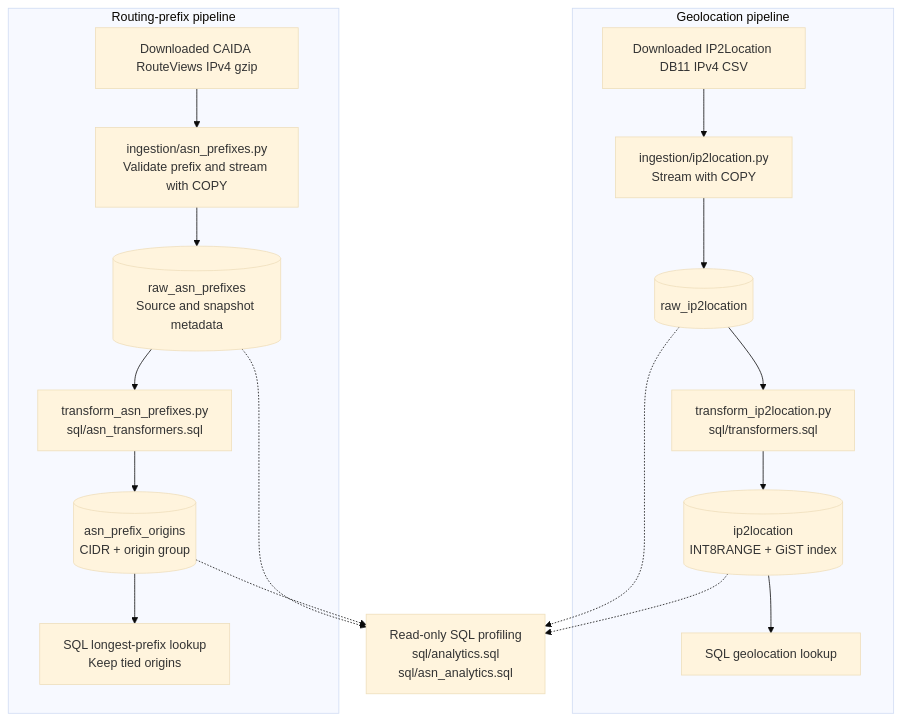
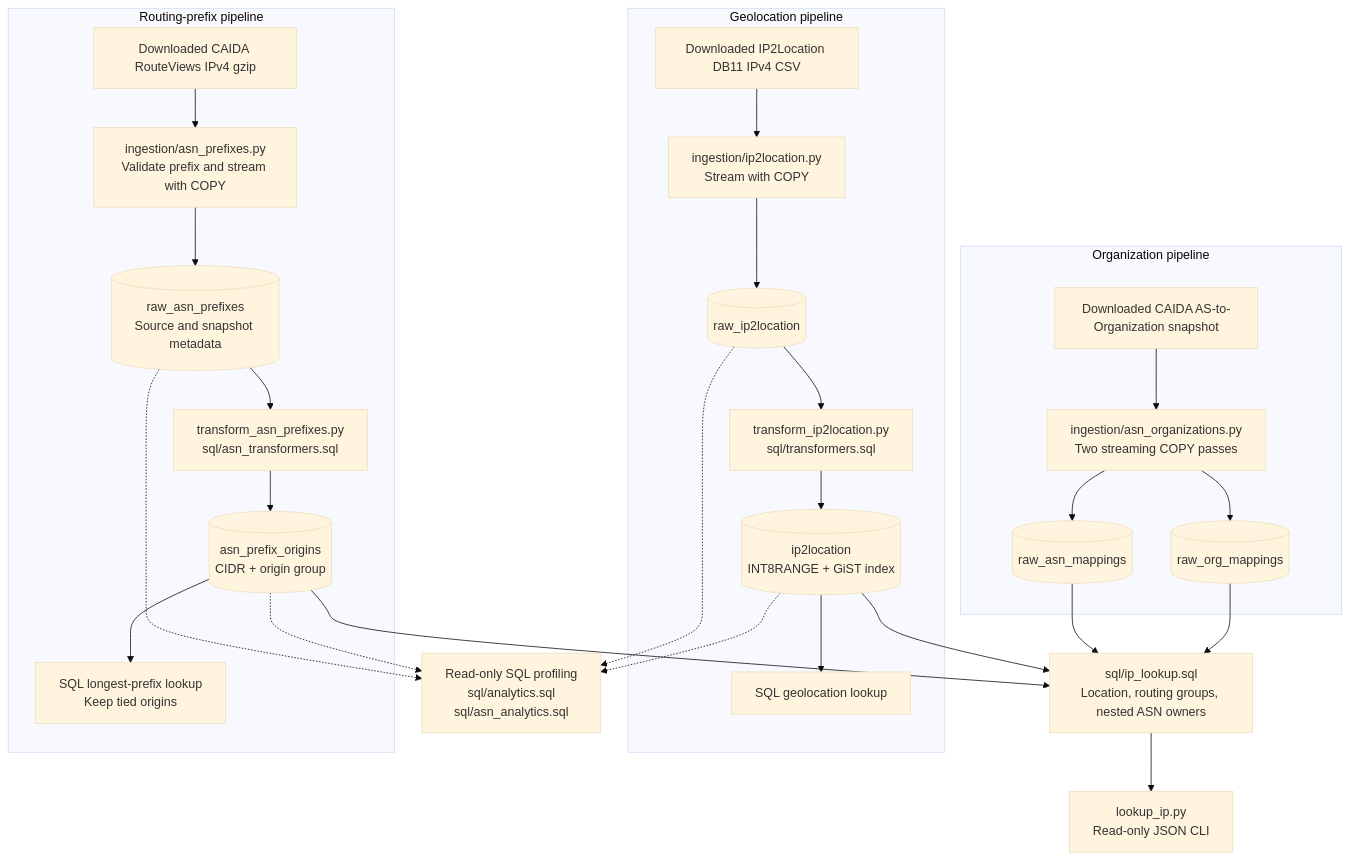
The diagram in README.md (nishank23/VPNLens), drawn with Mermaid (base theme) before and after one commit. The commit also changed other lines of this file and 17 other files, not shown here.

First line of the commit message:
feat(lookup): enrich IPs with ASN ownership

````diff
--- a/README.md
+++ b/README.md
@@ -53,23 +55,34 @@
 ```mermaid
 flowchart TD
     subgraph GEO["Geolocation pipeline"]
         G0["Downloaded IP2Location DB11 IPv4 CSV"] --> G1["ingestion/ip2location.py<br/>Stream with COPY"]
         G1 --> G2[("raw_ip2location")]
         G2 --> G3["transform_ip2location.py<br/>sql/transformers.sql"]
         G3 --> G4[("ip2location<br/>INT8RANGE + GiST index")]
         G4 --> G5["SQL geolocation lookup"]
     end
 
     subgraph ASN["Routing-prefix pipeline"]
         A0["Downloaded CAIDA RouteViews IPv4 gzip"] --> A1["ingestion/asn_prefixes.py<br/>Validate prefix and stream with COPY"]
         A1 --> A2[("raw_asn_prefixes<br/>Source and snapshot metadata")]
         A2 --> A3["transform_asn_prefixes.py<br/>sql/asn_transformers.sql"]
         A3 --> A4[("asn_prefix_origins<br/>CIDR + origin group")]
         A4 --> A5["SQL longest-prefix lookup<br/>Keep tied origins"]
     end
 
+    subgraph ORG["Organization pipeline"]
+        O0["Downloaded CAIDA AS-to-Organization snapshot"] --> O1["ingestion/asn_organizations.py<br/>Two streaming COPY passes"]
+        O1 --> O2[("raw_asn_mappings")]
+        O1 --> O3[("raw_org_mappings")]
+    end
+    G4 --> L["sql/ip_lookup.sql<br/>Location, routing groups, nested ASN owners"]
+    A4 --> L
+    O2 --> L
+    O3 --> L
+    L --> C["lookup_ip.py<br/>Read-only JSON CLI"]
+
     G2 -.-> V["Read-only SQL profiling<br/>sql/analytics.sql<br/>sql/asn_analytics.sql"]
     G4 -.-> V
     A2 -.-> V
     A4 -.-> V
 ```
````
